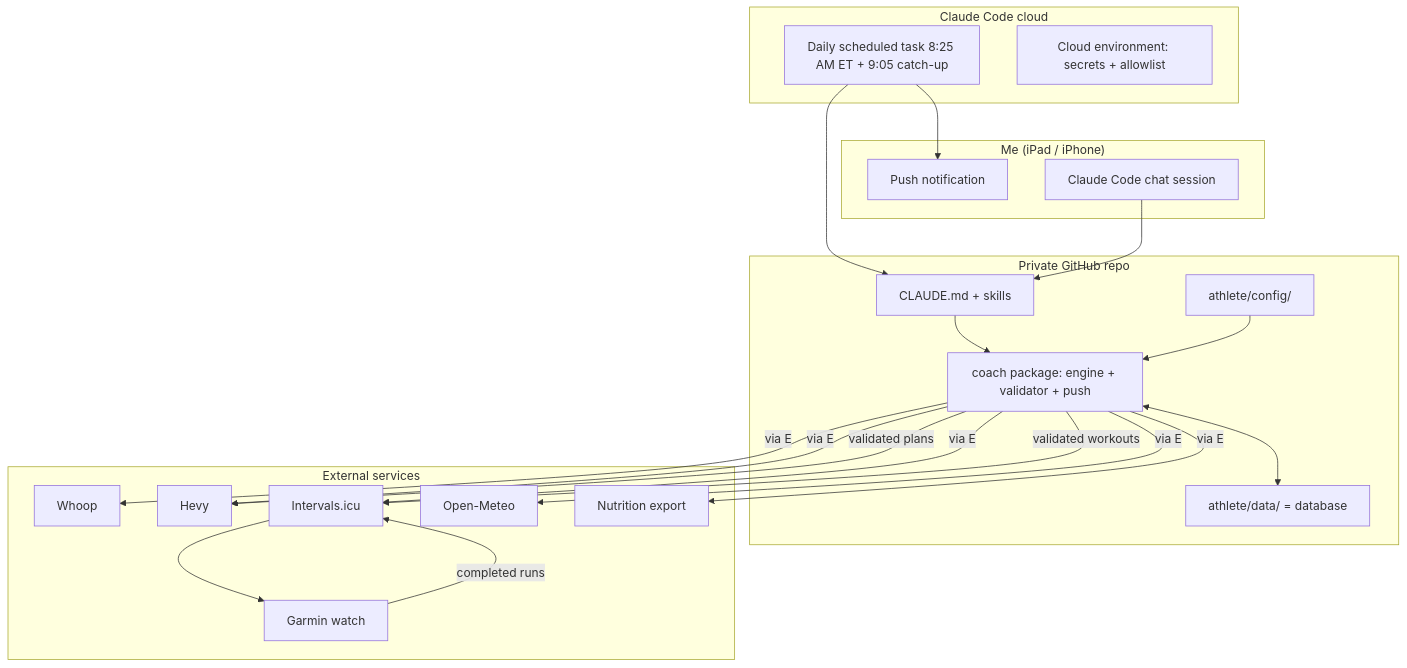
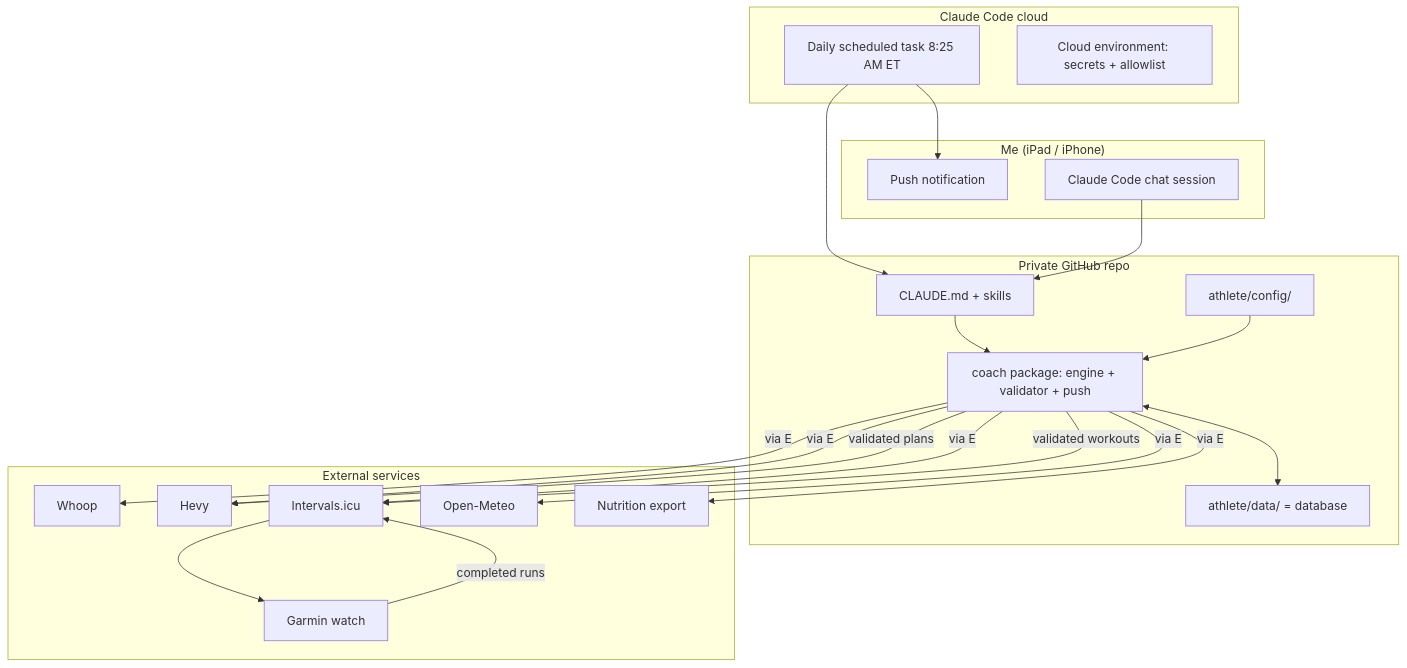
Before and after one commit to evanspill/coach: the first of 6 diagrams in docs/ARCHITECTURE.md, drawn with Mermaid. The commit also changed 7 other files, not shown here.

First line of the commit message:
One daily run: late recovery is finished in chat, not by a 9:05 catch-up

````diff
--- a/docs/ARCHITECTURE.md
+++ b/docs/ARCHITECTURE.md
@@ -6,36 +6,36 @@
 ```mermaid
 flowchart TB
   subgraph Me["Me (iPad / iPhone)"]
     N[Push notification]
     S[Claude Code chat session]
   end
   subgraph Claude["Claude Code cloud"]
-    T[Daily scheduled task 8:25 AM ET + 9:05 catch-up]
+    T[Daily scheduled task 8:25 AM ET]
     E[Cloud environment: secrets + allowlist]
   end
   subgraph Repo["Private GitHub repo"]
     K[CLAUDE.md + skills]
     C[athlete/config/]
     P[coach package: engine + validator + push]
     ST[athlete/data/ = database]
   end
   subgraph APIs["External services"]
     W[Whoop]
     H[Hevy]
     I[Intervals.icu]
     G[Garmin watch]
     M[Open-Meteo]
     NU[Nutrition export]
   end
   T --> K
   S --> K
   K --> P
   P <--> ST
   C --> P
   P -- via E --> W & H & I & M & NU
   P -- validated plans --> H
   P -- validated workouts --> I
   I --> G
   G -- completed runs --> I
   T --> N
 ```
````
